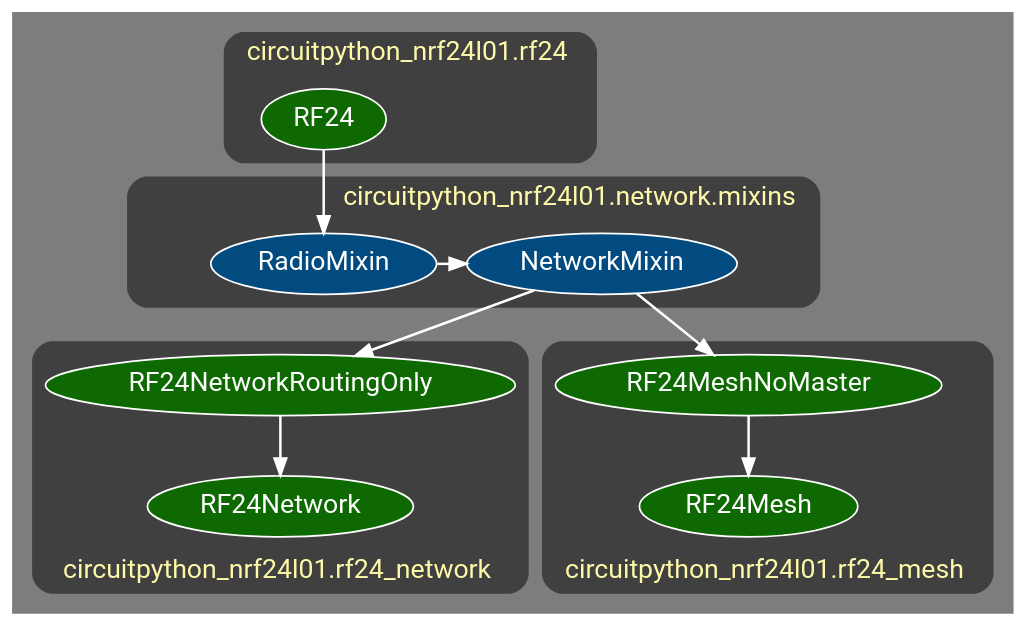
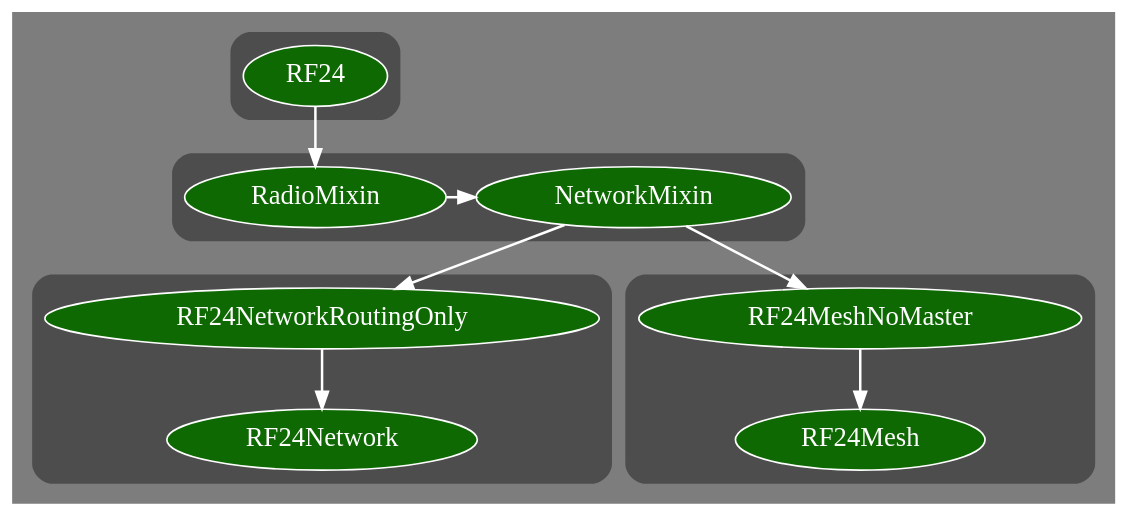
The diagram in docs/network_docs/shared_api.rst (nRF24/CircuitPython_nRF24L01), drawn with Graphviz before and after one commit. The commit also changed other lines of this file and 50 other files, not shown here.

```diff
--- a/docs/network_docs/shared_api.rst
+++ b/docs/network_docs/shared_api.rst
@@ -7,81 +10,68 @@
 .. graphviz::
+    :align: center
 
     digraph inheritance {
         bgcolor="#323232A1"
         fontcolor="#FEF9A9"
         fontsize=16
         fontname="Roboto"
         style="rounded,bold"
         color="#FFFFFF00"
         newrank=true
         node [
             style="filled"
             fillcolor="#0E6902"
             color="#FEFEFE"
             fontcolor="#FEFEFE"
             fontsize=16
-            fontname="Roboto"
         ]
         edge [
             color="white"
             penwidth=1.5
         ]
 
         subgraph cluster_rf24 {
-            bgcolor="#404040"
-            tooltip="circuitpython_nrf24l01.rf24 module"
-            label="  circuitpython_nrf24l01.rf24  ";
-            RF24 [
-                URL="../core_api/basic_api.html#basic-rf24-api"
-                tooltip="RF24 class"
-            ]
+            graph [xref=":mod:`circuitpython_nrf24l01.rf24`"]
+            RF24 [xref=":class:`~circuitpython_nrf24l01.rf24.RF24`"]
         }
 
         subgraph cluster_network_mixins{
-            bgcolor="#404040"
-            label="                                circuitpython_nrf24l01.network.mixins  "
-            tooltip="circuitpython_nrf24l01.network.mixins module"
-            node [
-                fillcolor="#014B80"
-            ]
+            graph [xref=":mod:`circuitpython_nrf24l01.network.mixins`"]
             rank="same"
-            RadioMixin [tooltip="RadioMixin class"]
-            NetworkMixin [tooltip="NetworkMixin class"]
+            RadioMixin [tooltip="RadioMixin (Python class)"]
+            NetworkMixin [tooltip="NetworkMixin (Python class)"]
             RadioMixin -> NetworkMixin
         }
 
         subgraph cluster_rf24_network {
-            bgcolor="#404040"
-            labelloc="b"
-            label="  circuitpython_nrf24l01.rf24_network  "
-            tooltip="circuitpython_nrf24l01.rf24_network module"
+            graph [
+                labelloc="b"
+                //label="  circuitpython_nrf24l01.rf24_network  "
+                xref=":mod:`circuitpython_nrf24l01.rf24_network`"
+            ]
             RF24NetworkRoutingOnly [
-                URL="network_api.html#rf24networkroutingonly-class"
-                tooltip="RF24NetworkRoutingOnly class"
+                xref=":class:`~circuitpython_nrf24l01.rf24_network.RF24NetworkRoutingOnly`"
             ]
             RF24Network [
-                URL="network_api.html#rf24network-class"
-                tooltip="RF24Network class"
+                xref=":class:`~circuitpython_nrf24l01.rf24_network.RF24Network`"
             ]
             RF24NetworkRoutingOnly -> RF24Network
         }
 
         subgraph cluster_rf24_mesh {
-            bgcolor="#404040"
             labelloc="b"
-            label="  circuitpython_nrf24l01.rf24_mesh  "
-            tooltip="circuitpython_nrf24l01.rf24_mesh module"
+            graph [
+                xref=":mod:`circuitpython_nrf24l01.rf24_mesh`"
+            ]
             RF24MeshNoMaster [
-                URL="mesh_api.html#rf24meshnomaster-class"
-                tooltip="RF24MeshNoMaster class"
+                xref=":class:`~circuitpython_nrf24l01.rf24_mesh.RF24MeshNoMaster`"
             ]
             RF24Mesh [
-                URL="mesh_api.html#rf24mesh-class"
-                tooltip="RF24Mesh class"
+                xref=":class:`~circuitpython_nrf24l01.rf24_mesh.RF24Mesh`"
             ]
             RF24MeshNoMaster -> RF24Mesh
         }
         RF24 -> RadioMixin
         NetworkMixin -> RF24NetworkRoutingOnly
         NetworkMixin -> RF24MeshNoMaster
     }
```
